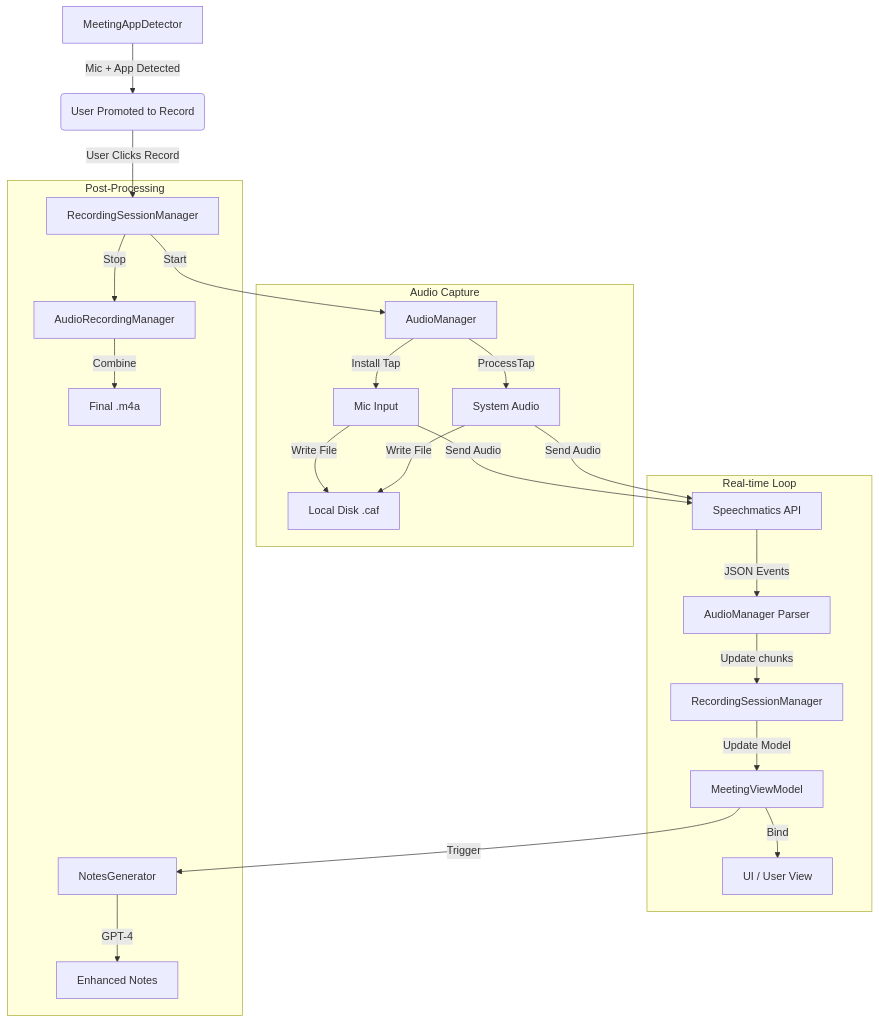
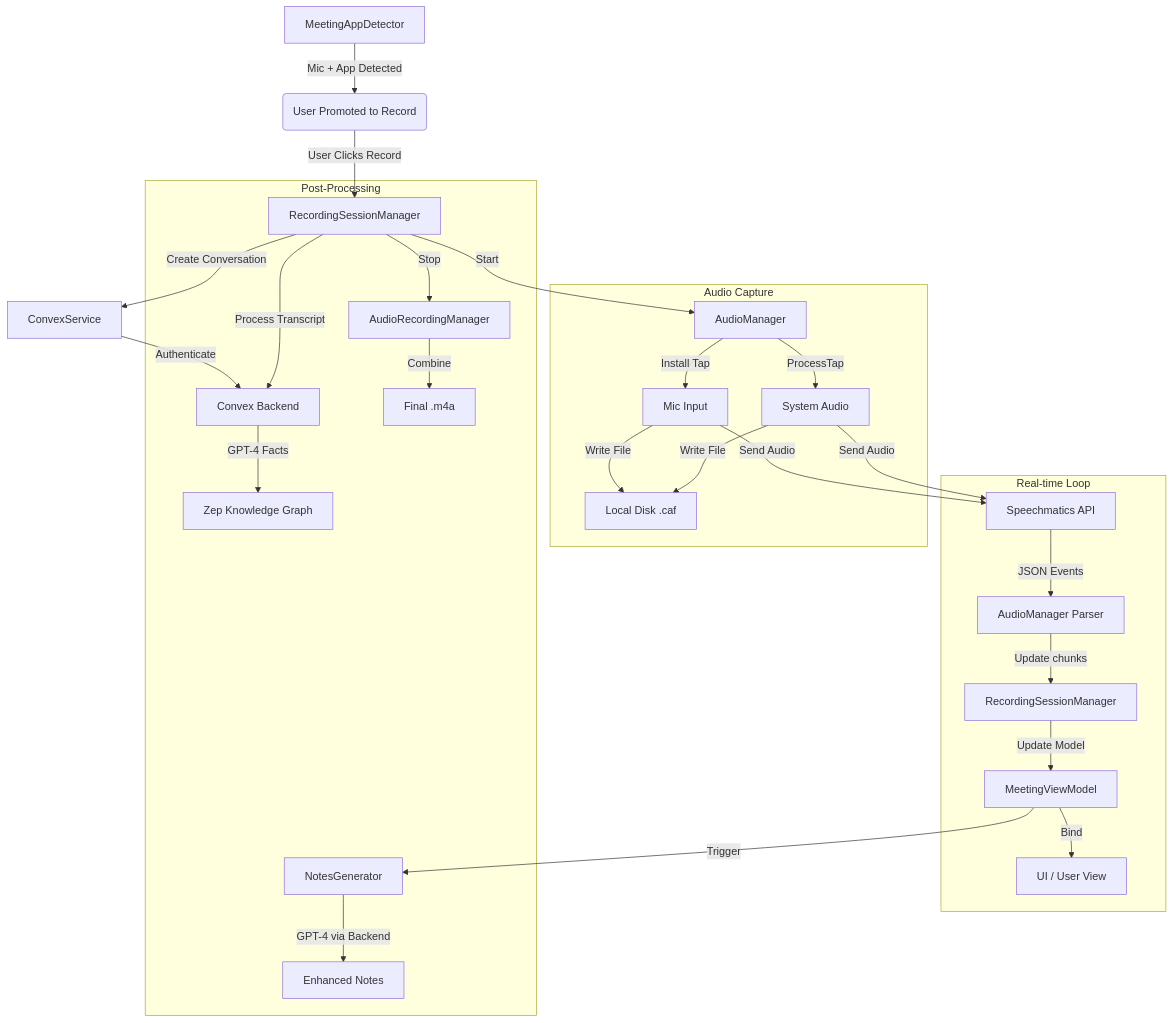
Before and after one commit to kuliran/audora-macos: the diagram in docs/app-flow.md, drawn with Mermaid.

Commit message:
docs: Added backend processing steps to diagram

````diff
--- a/docs/app-flow.md
+++ b/docs/app-flow.md
@@ -87,29 +87,33 @@
 ```mermaid
 graph TD
     A[MeetingAppDetector] -->|Mic + App Detected| B(User Promoted to Record)
     B -->|User Clicks Record| C[RecordingSessionManager]
     C -->|Start| D[AudioManager]
+    C -->|Create Conversation| CS[ConvexService]
+    CS -->|Authenticate| CB[Convex Backend]
 
     subgraph Audio Capture
         D -->|Install Tap| E[Mic Input]
         D -->|ProcessTap| F[System Audio]
         E -->|Write File| G[Local Disk .caf]
         F -->|Write File| G
     end
 
     subgraph Real-time Loop
         E -->|Send Audio| H[Speechmatics API]
         F -->|Send Audio| H
         H -->|JSON Events| I[AudioManager Parser]
         I -->|Update chunks| J[RecordingSessionManager]
         J -->|Update Model| K[MeetingViewModel]
         K -->|Bind| L[UI / User View]
     end
 
     subgraph Post-Processing
         C -->|Stop| M[AudioRecordingManager]
         M -->|Combine| N[Final .m4a]
+        C -->|Process Transcript| CB
+        CB -->|GPT-4 Facts| ZEP[Zep Knowledge Graph]
         K -->|Trigger| O[NotesGenerator]
-        O -->|GPT-4| P[Enhanced Notes]
+        O -->|GPT-4 via Backend| P[Enhanced Notes]
     end
 ```
````
